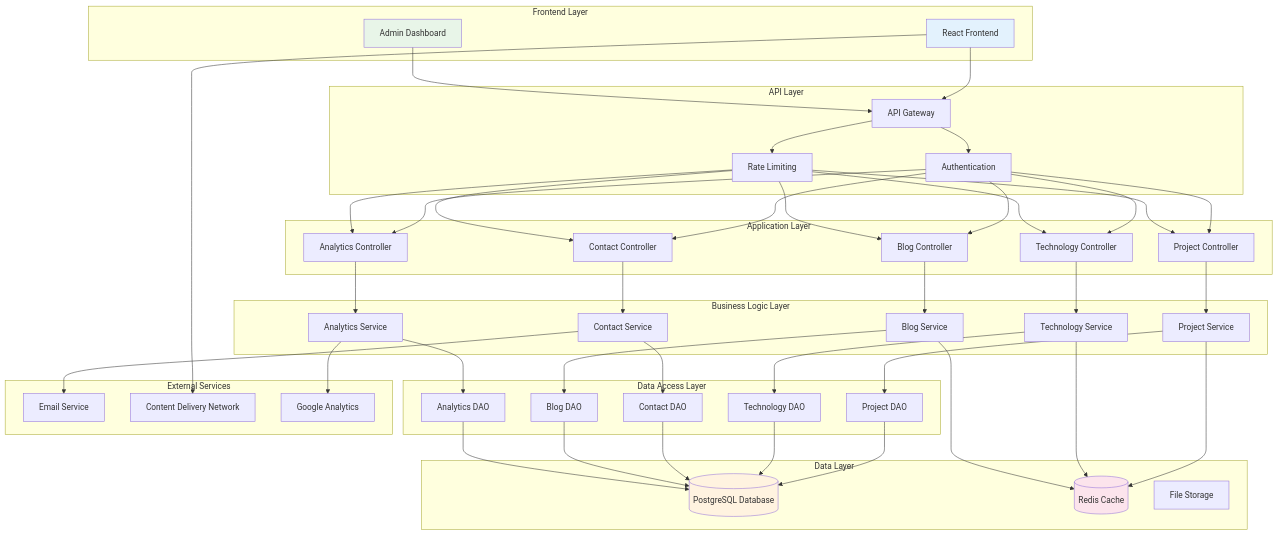
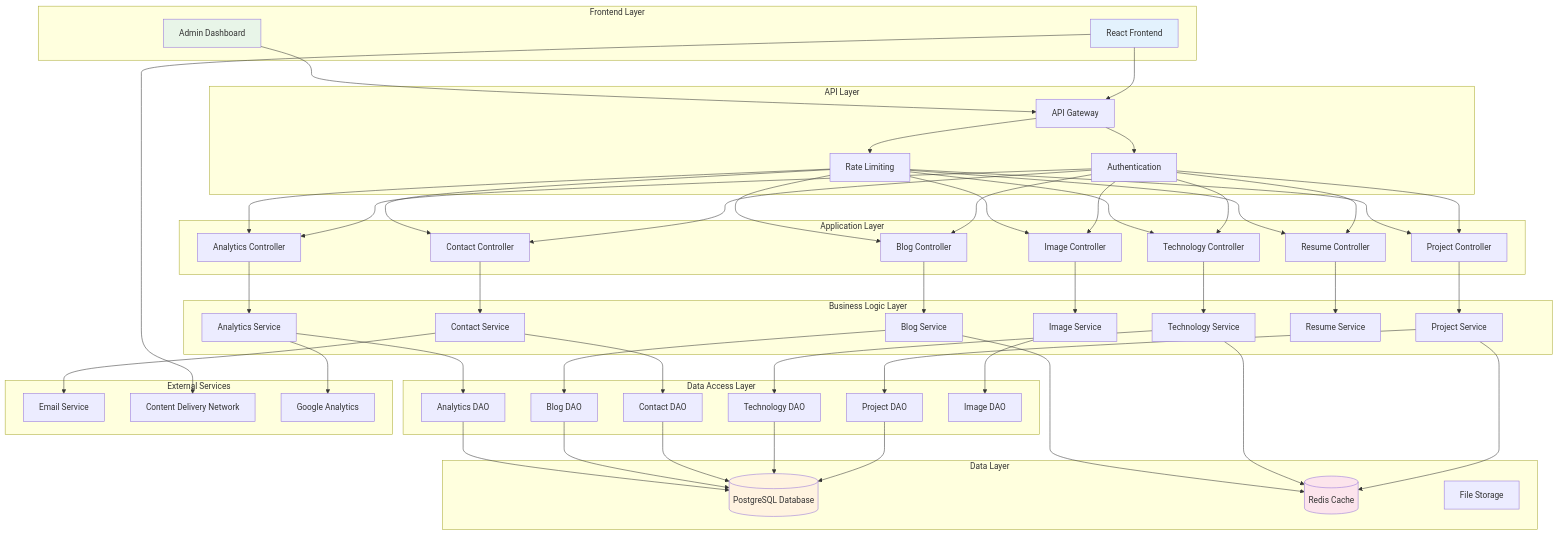
One commit to caseythecoder90/personal-website-backend changed the fourth of 11 diagrams in docs/architecture/DIAGRAMS.md. Above: the diagram before and after it, drawn with Mermaid. The commit also changed other lines of this file and 12 other files, not shown here.

First line of the commit message:
Enhanced system design with comprehensive technical architecture and ProjectImage integration

```diff
--- a/docs/architecture/DIAGRAMS.md
+++ b/docs/architecture/DIAGRAMS.md
@@ -133,6 +147,8 @@
         CC[Contact Controller]
         BC[Blog Controller]
         AC[Analytics Controller]
+        RC[Resume Controller]
+        IC[Image Controller]
     end
     
     subgraph "Business Logic Layer"
@@ -141,6 +157,8 @@
         CS[Contact Service]
         BS[Blog Service]
         AS[Analytics Service]
+        RS[Resume Service]
+        IS[Image Service]
     end
     
     subgraph "Data Access Layer"
@@ -149,6 +167,7 @@
         CD[Contact DAO]
         BD[Blog DAO]
         AD[Analytics DAO]
+        ID[Image DAO]
     end
     
     subgraph "Data Layer"
@@ -168,20 +187,23 @@
     
     Gateway --> Auth
     Gateway --> Rate
-    Auth --> PC & TC & CC & BC & AC
-    Rate --> PC & TC & CC & BC & AC
+    Auth --> PC & TC & CC & BC & AC & RC & IC
+    Rate --> PC & TC & CC & BC & AC & RC & IC
     
     PC --> PS
     TC --> TS
     CC --> CS
     BC --> BS
     AC --> AS
+    RC --> RS
+    IC --> IS
     
     PS --> PD
     TS --> TD
     CS --> CD
     BS --> BD
     AS --> AD
+    IS --> ID
     
     PD --> DB
     TD --> DB
```
